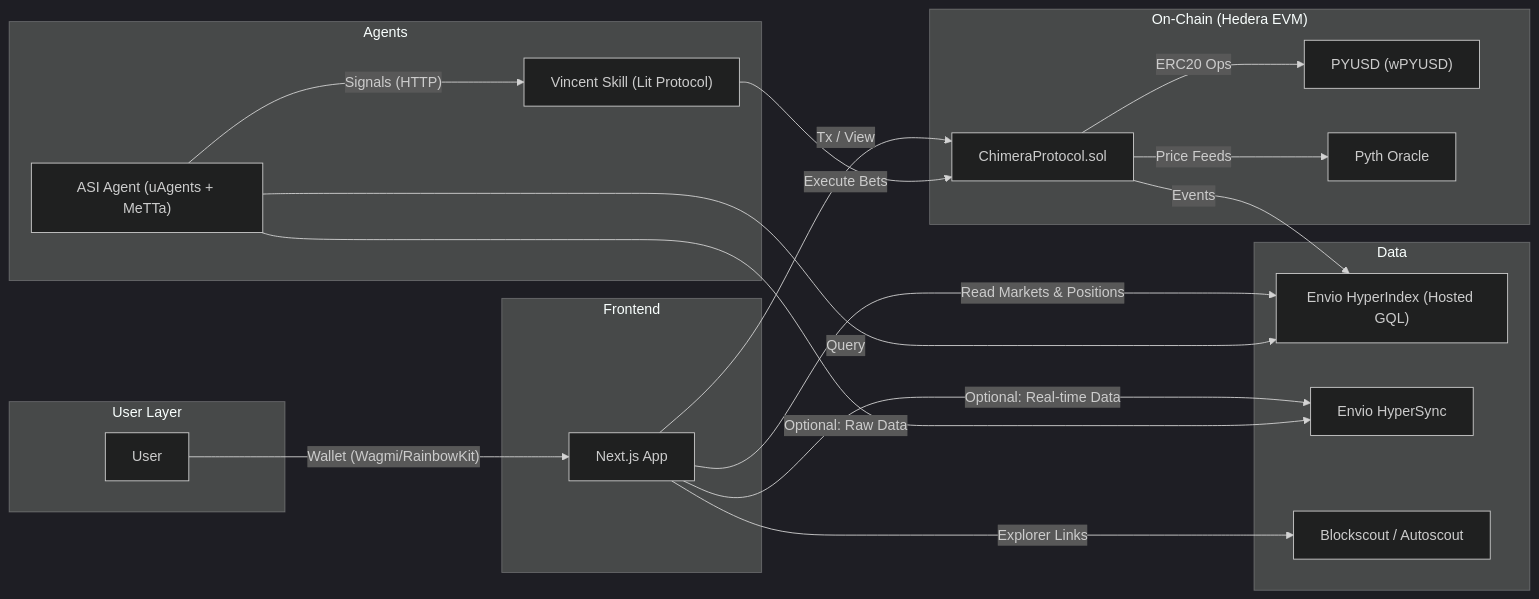
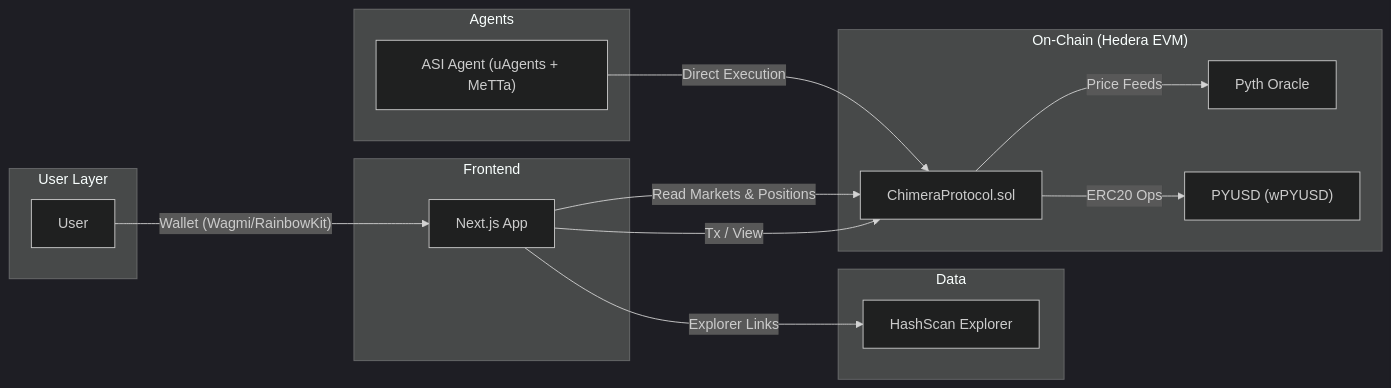
Before and after one commit to enliven17/chimera-protocol: the first of 2 diagrams in diagrams.md, drawn with Mermaid (dark theme). The commit also changed other lines of this file and 131 other files, not shown here.

````diff
--- a/diagrams.md
+++ b/diagrams.md
@@ -4,42 +4,36 @@
 ```mermaid
 flowchart LR
   subgraph "User Layer"
     U[User]
   end
 
   subgraph Frontend
     FE["Next.js App"]
   end
 
   subgraph Agents
     AAI["ASI Agent (uAgents + MeTTa)"]
-    LIT["Vincent Skill (Lit Protocol)"]
+
   end
 
   subgraph Data
-    HI["Envio HyperIndex (Hosted GQL)"]
-    HS["Envio HyperSync"]
-    BS["Blockscout / Autoscout"]
+
+    HS_SCAN["HashScan Explorer"]
   end
 
   subgraph "On-Chain (Hedera EVM)"
     CP["ChimeraProtocol.sol"]
     PY["PYUSD (wPYUSD)"]
     PO["Pyth Oracle"]
   end
 
   U -->|"Wallet (Wagmi/RainbowKit)"| FE
-  FE -->|"Read Markets & Positions"| HI
-  FE -->|"Optional: Real-time Data"| HS
+  FE -->|"Read Markets & Positions"| CP
   FE -->|"Tx / View"| CP
-  FE -->|"Explorer Links"| BS
+  FE -->|"Explorer Links"| HS_SCAN
 
-  AAI -->|Query| HI
-  AAI -->|"Optional: Raw Data"| HS
-  AAI -->|"Signals (HTTP)"| LIT
+  AAI -->|"Direct Execution"| CP
 
-  LIT -->|"Execute Bets"| CP
-  CP -->|Events| HI
   CP -->|"Price Feeds"| PO
   CP -->|"ERC20 Ops"| PY
 ```
````
